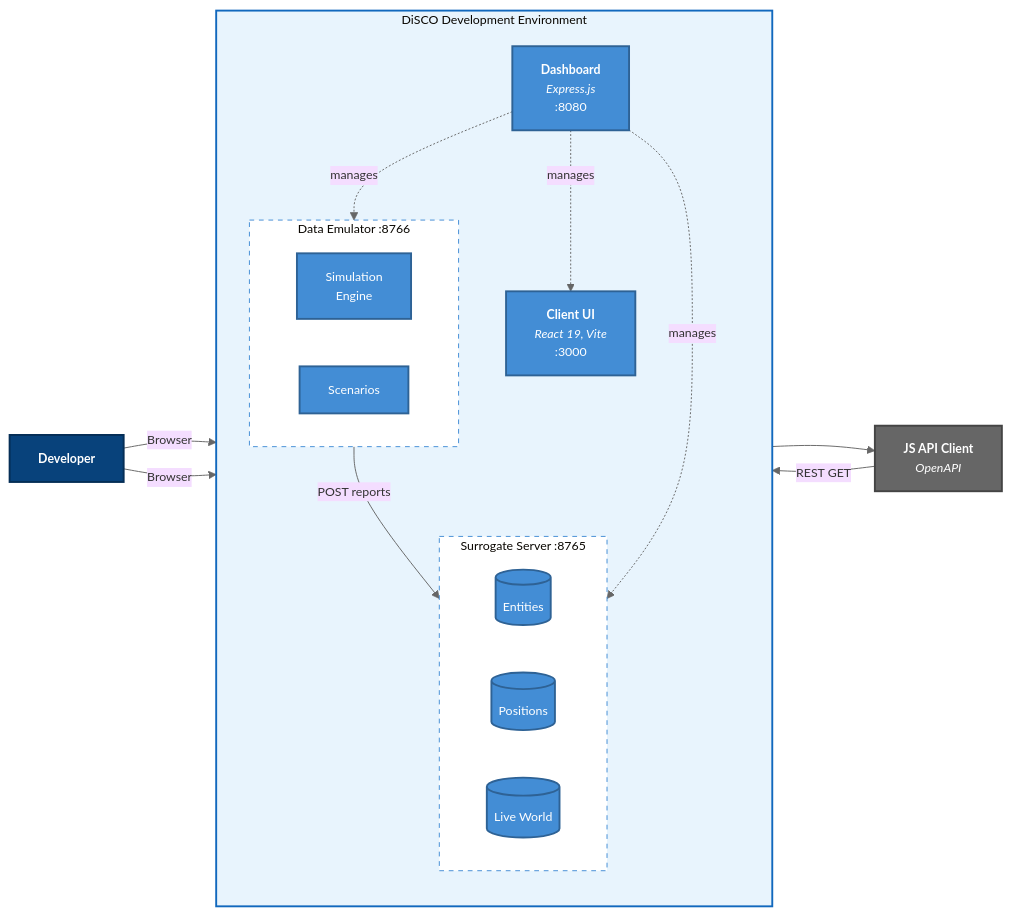
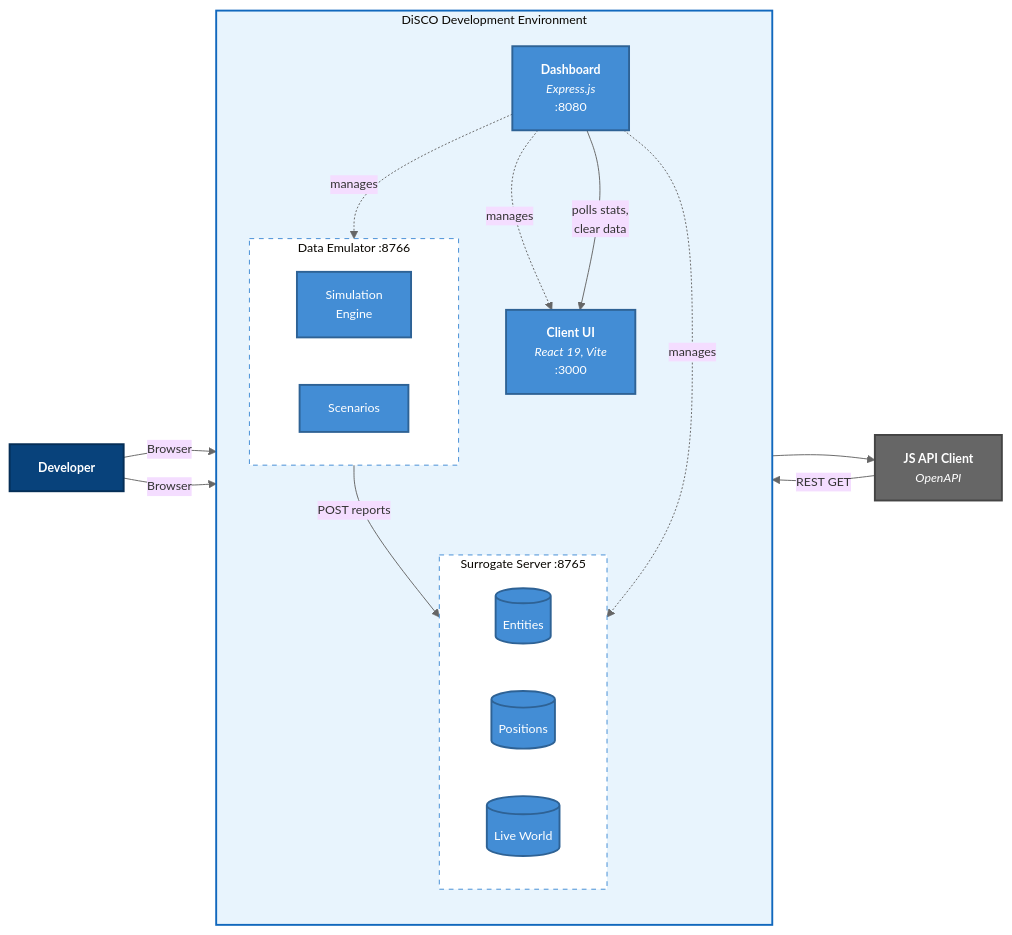
Before and after one commit to ericpauls/disco_workspace: the second of 6 diagrams in docs/c4-architecture-diagram.md, drawn with Mermaid. The commit also changed other lines of this file and 3 other files, not shown here.

First line of the commit message:
feat: Add client stats display and clear controls to dashboard

````diff
--- a/docs/c4-architecture-diagram.md
+++ b/docs/c4-architecture-diagram.md
@@ -50,48 +50,49 @@
 ```mermaid
 %%{init: {'theme': 'base', 'themeVariables': { 'lineColor': '#666', 'fontSize': '13px'}}}%%
 flowchart LR
     dev["<b>Developer</b>"]
 
     subgraph disco["&nbsp;&nbsp;DiSCO Development Environment&nbsp;&nbsp;"]
         direction TB
         dash["<b>Dashboard</b><br/><i>Express.js</i><br/>:8080"]
         client["<b>Client UI</b><br/><i>React 19, Vite</i><br/>:3000"]
 
         subgraph server["&nbsp;&nbsp;Surrogate Server :8765&nbsp;&nbsp;"]
             direction LR
             entity_db[("Entities")]
             pos_db[("Positions")]
             lw_db[("Live World")]
         end
 
         subgraph emulator["&nbsp;&nbsp;Data Emulator :8766&nbsp;&nbsp;"]
             sim["Simulation<br/>Engine"]
             scenarios["Scenarios"]
         end
     end
 
     js_client["<b>JS API Client</b><br/><i>OpenAPI</i>"]
 
     dev -->|Browser| dash
     dev -->|Browser| client
     client --> js_client
     js_client -->|REST GET| server
     emulator -->|POST reports| server
     dash -.->|manages| server
     dash -.->|manages| emulator
     dash -.->|manages| client
+    dash -->|polls stats,<br/>clear data| client
 
     classDef person fill:#08427B,stroke:#052E56,color:#fff,stroke-width:2px
     classDef container fill:#438DD5,stroke:#2E6295,color:#fff,stroke-width:2px
     classDef db fill:#438DD5,stroke:#2E6295,color:#fff,stroke-width:2px
     classDef ext fill:#666,stroke:#444,color:#fff,stroke-width:2px
     classDef boundary fill:#E8F4FD,stroke:#1168BD,stroke-width:2px
     classDef inner fill:#fff,stroke:#438DD5,stroke-width:1px,stroke-dasharray: 5 5
 
     class dev person
     class dash,client,sim,scenarios container
     class entity_db,pos_db,lw_db db
     class js_client ext
     class disco boundary
     class server,emulator inner
 ```
````
